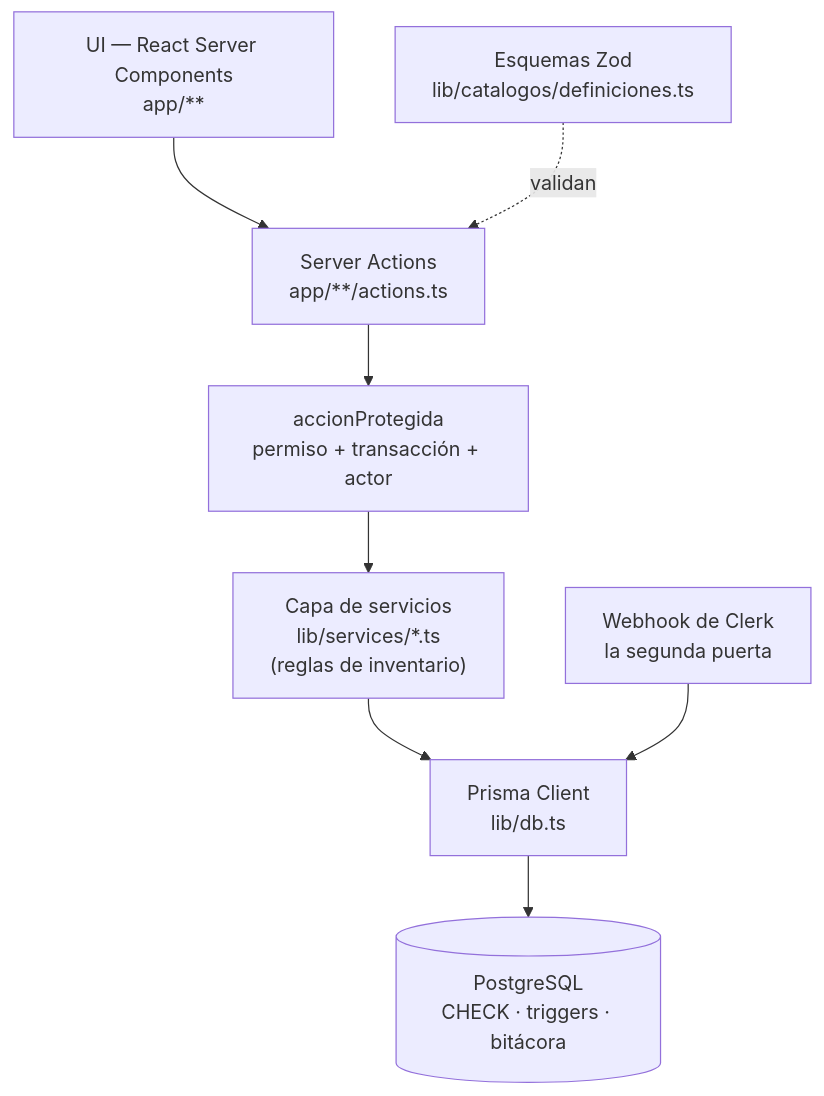
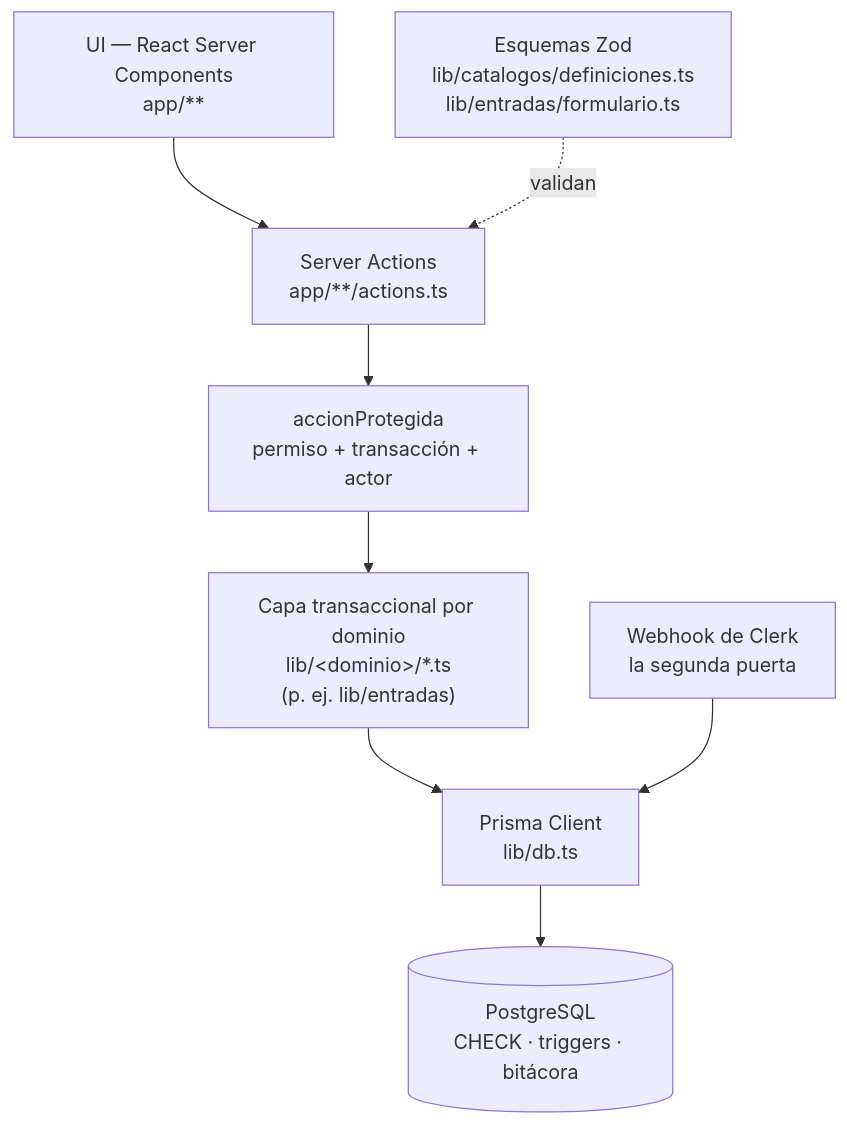
Before and after one commit to callmejazzz/BodeGasosur: the diagram in docs/01-arquitectura.md, drawn with Mermaid. The commit also changed other lines of this file and 38 other files, not shown here.

````diff
--- a/docs/01-arquitectura.md
+++ b/docs/01-arquitectura.md
@@ -227,10 +231,10 @@
 ```mermaid
 flowchart TD
     A["UI — React Server Components<br/>app/**"] --> B["Server Actions<br/>app/**/actions.ts"]
     B --> C["accionProtegida<br/>permiso + transacción + actor"]
-    C --> D["Capa de servicios<br/>lib/services/*.ts<br/>(reglas de inventario)"]
+    C --> D["Capa transaccional por dominio<br/>lib/&lt;dominio&gt;/*.ts<br/>(p. ej. lib/entradas)"]
     D --> E["Prisma Client<br/>lib/db.ts"]
     E --> F[("PostgreSQL<br/>CHECK · triggers · bitácora")]
-    G["Esquemas Zod<br/>lib/catalogos/definiciones.ts"] -.validan.-> B
+    G["Esquemas Zod<br/>lib/catalogos/definiciones.ts<br/>lib/entradas/formulario.ts"] -.validan.-> B
     H["Webhook de Clerk<br/>la segunda puerta"] --> E
 ```
````
